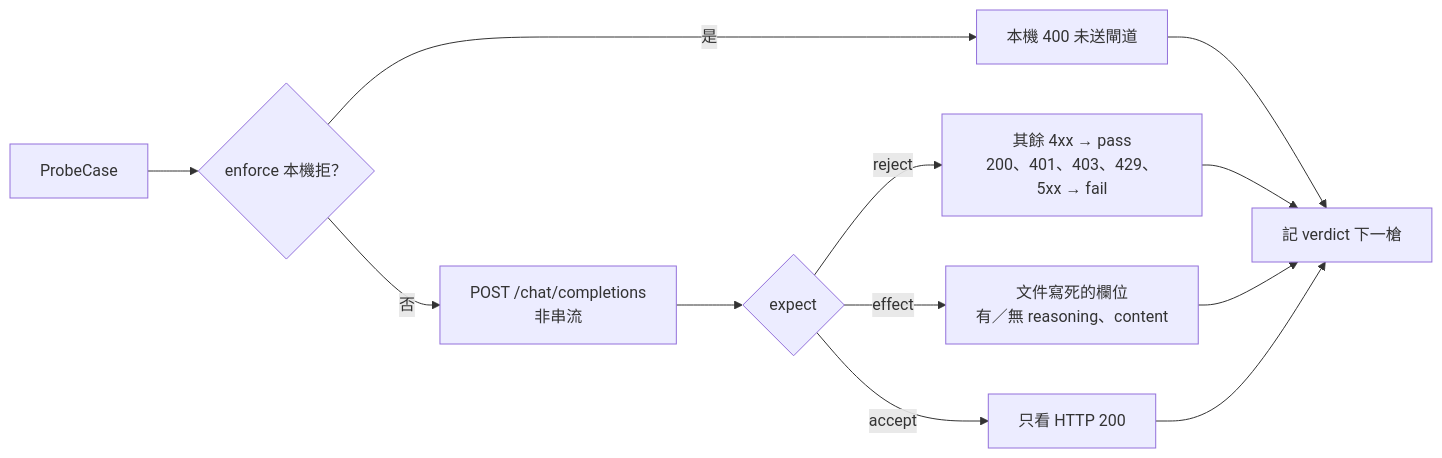
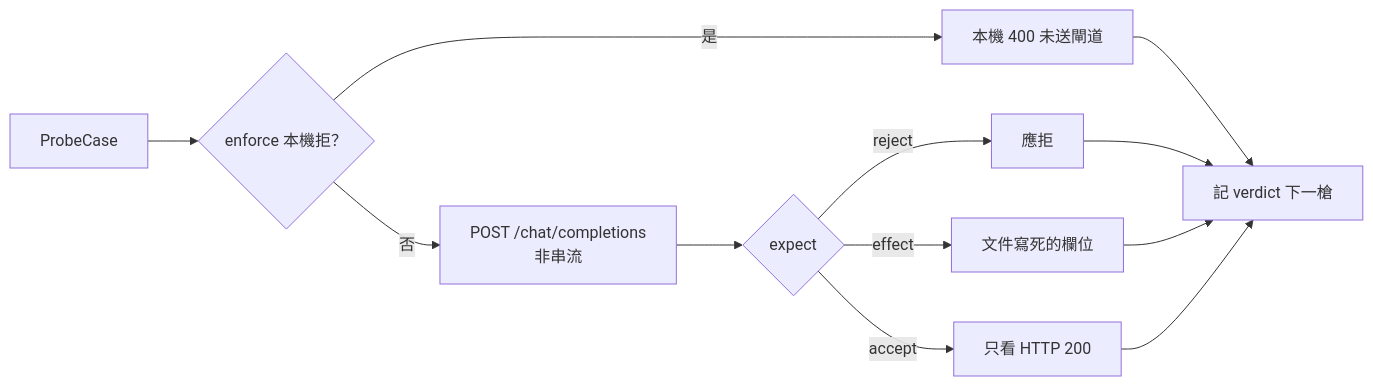
One commit to eric4057/model-chat-completions-params changed the second of 2 diagrams in FLOWCHART.md. Above: the diagram before and after it, drawn with Mermaid. The commit also changed other lines of this file and 10 other files, not shown here.

````diff
--- a/FLOWCHART.md
+++ b/FLOWCHART.md
@@ -69,14 +62,14 @@
 ```mermaid
 flowchart LR
   Case[ProbeCase] --> Local{enforce 本機拒？}
   Local -->|是| L400[本機 400 未送閘道]
   Local -->|否| Post["POST /chat/completions<br/>非串流"]
   Post --> Exp{expect}
-  Exp -->|reject| Rej["其餘 4xx → pass<br/>200、401、403、429、5xx → fail"]
-  Exp -->|effect| Fields["文件寫死的欄位<br/>有／無 reasoning、content"]
+  Exp -->|reject| Rej["應拒"]
+  Exp -->|effect| Fields["文件寫死的欄位"]
   Exp -->|accept| Http["只看 HTTP 200"]
   L400 --> Next[記 verdict 下一槍]
   Rej --> Next
   Fields --> Next
   Http --> Next
 ```
````
